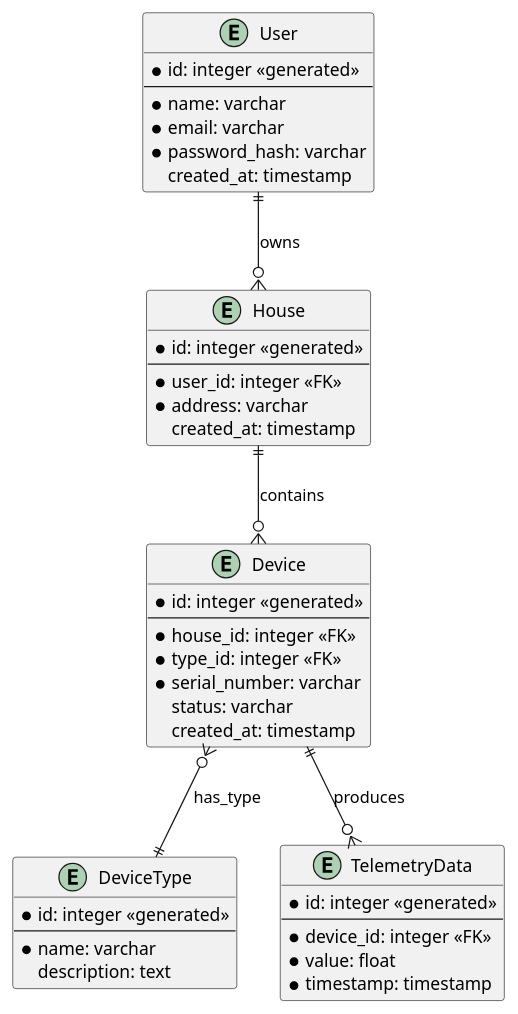
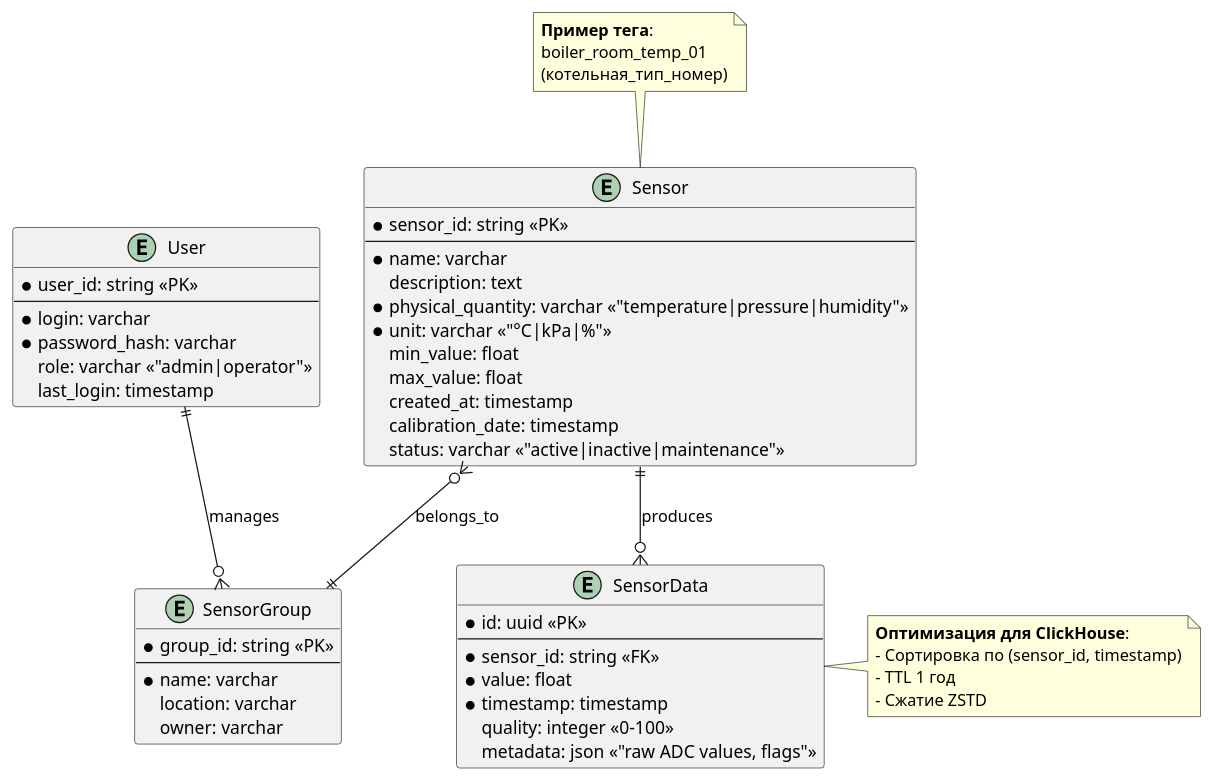
Before and after one commit to vasiliy1305/DataFlowEngine: the diagram in schemas/diagrams/ER.puml, drawn with PlantUML. The commit also changed 1 other file, not shown here.

```diff
--- a/schemas/diagrams/ER.puml
+++ b/schemas/diagrams/ER.puml
@@ -1,48 +1,59 @@
 @startuml
-entity "User" {
-  *id: integer <<generated>>
-  --
-  *name: varchar
-  *email: varchar
-  *password_hash: varchar
-  created_at: timestamp
-}
-
-entity "House" {
-  *id: integer <<generated>>
-  --
-  *user_id: integer <<FK>>
-  *address: varchar
-  created_at: timestamp
-}
-
-entity "DeviceType" {
-  *id: integer <<generated>>
+entity "Sensor" {
+  *sensor_id: string <<PK>>
   --
   *name: varchar
   description: text
+  *physical_quantity: varchar <<"temperature|pressure|humidity">>
+  *unit: varchar <<"°C|kPa|%">>
+  min_value: float
+  max_value: float
+  created_at: timestamp
+  calibration_date: timestamp
+  status: varchar <<"active|inactive|maintenance">>
 }
 
-entity "Device" {
-  *id: integer <<generated>>
+entity "SensorGroup" {
+  *group_id: string <<PK>>
   --
-  *house_id: integer <<FK>>
-  *type_id: integer <<FK>>
-  *serial_number: varchar
-  status: varchar
-  created_at: timestamp
+  *name: varchar
+  location: varchar
+  owner: varchar
 }
 
-entity "TelemetryData" {
-  *id: integer <<generated>>
+entity "SensorData" {
+  *id: uuid <<PK>>
   --
-  *device_id: integer <<FK>>
+  *sensor_id: string <<FK>>
   *value: float
   *timestamp: timestamp
+  quality: integer <<0-100>>
+  metadata: json <<"raw ADC values, flags">>
 }
 
-User ||--o{ House : "owns"
-House ||--o{ Device : "contains"
-Device }o--|| DeviceType : "has_type"
-Device ||--o{ TelemetryData : "produces"
+entity "User" {
+  *user_id: string <<PK>>
+  --
+  *login: varchar
+  *password_hash: varchar
+  role: varchar <<"admin|operator">>
+  last_login: timestamp
+}
+
+Sensor }o--|| SensorGroup : "belongs_to"
+Sensor ||--o{ SensorData : "produces"
+User ||--o{ SensorGroup : "manages"
+
+note top of Sensor
+  **Пример тега**: 
+  boiler_room_temp_01
+  (котельная_тип_номер)
+end note
+
+note right of SensorData
+  **Оптимизация для ClickHouse**:
+  - Сортировка по (sensor_id, timestamp)
+  - TTL 1 год
+  - Сжатие ZSTD
+end note
 @enduml
```
